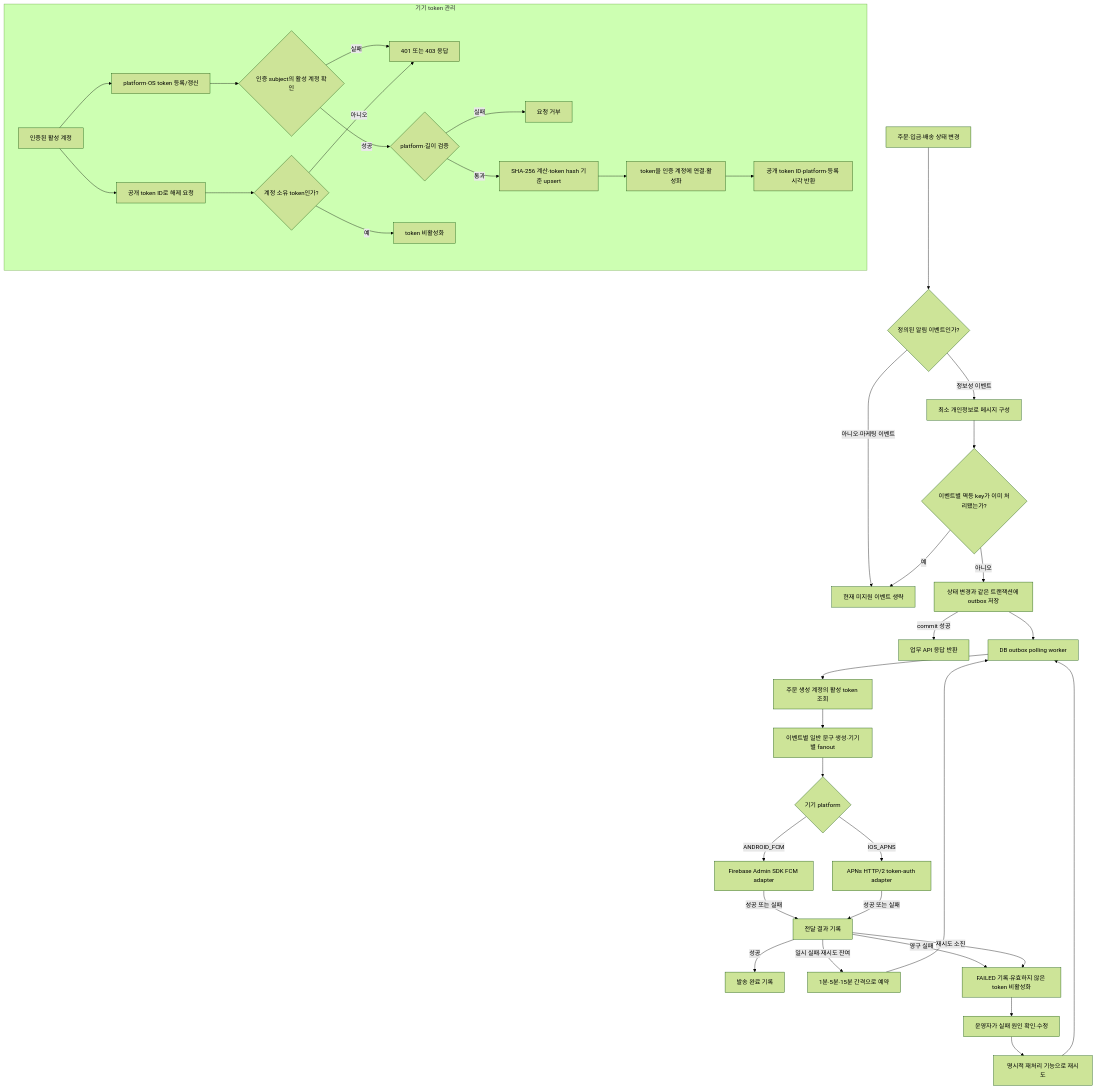
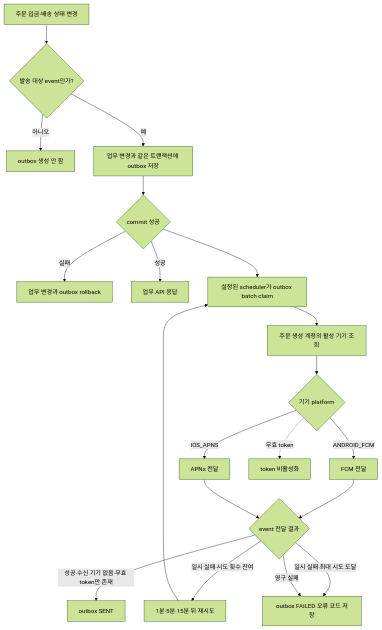
The diagram in docs/services/notification.md (DongHyeonEom/umji-market-api), drawn with Mermaid (forest theme) before and after one commit. The commit also changed other lines of this file and 8 other files, not shown here.

````diff
--- a/docs/services/notification.md
+++ b/docs/services/notification.md
@@ -59,41 +60,22 @@
 ```mermaid
 flowchart TD
-    subgraph TOKEN[기기 token 관리]
-        ClientToken["인증된 활성 계정"] --> TokenRequest["platform·OS token 등록/갱신"]
-        TokenRequest --> TokenAuth{"인증 subject의 활성 계정 확인"}
-        TokenAuth -->|실패| TokenDeny["401 또는 403 응답"]
-        TokenAuth -->|성공| TokenValidate{"platform·길이 검증"}
-        TokenValidate -->|실패| TokenInvalid["요청 거부"]
-        TokenValidate -->|통과| TokenHash["SHA-256 계산·token hash 기준 upsert"]
-        TokenHash --> TokenOwner["token을 인증 계정에 연결·활성화"]
-        TokenOwner --> TokenResult["공개 token ID·platform·등록 시각 반환"]
-        ClientToken --> TokenDelete["공개 token ID로 해제 요청"]
-        TokenDelete --> TokenOwnerCheck{"계정 소유 token인가?"}
-        TokenOwnerCheck -->|아니오| TokenDeny
-        TokenOwnerCheck -->|예| TokenInactive["token 비활성화"]
-    end
-
-    Event["주문·입금·배송 상태 변경"] --> Eligible{"정의된 알림 이벤트인가?"}
-    Eligible -->|아니오·마케팅 이벤트| Ignore["현재 미지원 이벤트 생략"]
-    Eligible -->|정보성 이벤트| Build["최소 개인정보로 메시지 구성"]
-    Build --> Idempotency{"이벤트별 멱등 key가 이미 처리됐는가?"}
-    Idempotency -->|예| Ignore
-    Idempotency -->|아니오| Queue["상태 변경과 같은 트랜잭션에 outbox 저장"]
-    Queue -->|commit 성공| Response["업무 API 응답 반환"]
-    Queue --> Worker["DB outbox polling worker"]
-    Worker --> Recipients["주문 생성 계정의 활성 token 조회"]
-    Recipients --> Fanout["이벤트별 일반 문구 생성·기기별 fanout"]
-    Fanout --> Provider{"기기 platform"}
-    Provider -->|ANDROID_FCM| FCM["Firebase Admin SDK FCM adapter"]
-    Provider -->|IOS_APNS| APNS["APNs HTTP/2 token-auth adapter"]
-    FCM -->|성공 또는 실패| Result["전달 결과 기록"]
-    APNS -->|성공 또는 실패| Result
-    Result -->|성공| Sent["발송 완료 기록"]
-    Result -->|일시 실패·재시도 잔여| Retry["1분·5분·15분 간격으로 예약"]
+    Event["주문·입금·배송 상태 변경"] --> Eligible{"발송 대상 event인가?"}
+    Eligible -->|아니오| Skip["outbox 생성 안 함"]
+    Eligible -->|예| Transaction["업무 변경과 같은 트랜잭션에 outbox 저장"]
+    Transaction --> Commit{"commit 성공"}
+    Commit -->|실패| Rollback["업무 변경과 outbox rollback"]
+    Commit -->|성공| ApiResponse["업무 API 응답"]
+    Commit --> Worker["설정된 scheduler가 outbox batch claim"]
+    Worker --> Recipients["주문 생성 계정의 활성 기기 조회"]
+    Recipients --> Provider{"기기 platform"}
+    Provider -->|ANDROID_FCM| FCM["FCM 전달"]
+    Provider -->|IOS_APNS| APNS["APNs 전달"]
+    FCM --> Result{"event 전달 결과"}
+    APNS --> Result
+    Result -->|성공·수신 기기 없음·무효 token만 존재| Sent["outbox SENT"]
+    Result -->|일시 실패·시도 횟수 잔여| Retry["1분·5분·15분 뒤 재시도"]
     Retry --> Worker
-    Result -->|영구 실패| Failed["FAILED 기록·유효하지 않은 token 비활성화"]
-    Result -->|재시도 소진| Failed
-    Failed --> Inspect["운영자가 실패 원인 확인·수정"]
-    Inspect --> Replay["명시적 재처리 기능으로 재시도"]
-    Replay --> Worker
+    Result -->|일시 실패·최대 시도 도달| Failed["outbox FAILED·오류 코드 저장"]
+    Result -->|영구 실패| Failed
+    Provider -. 무효 token .-> Deactivate["token 비활성화"]
 ```
````
